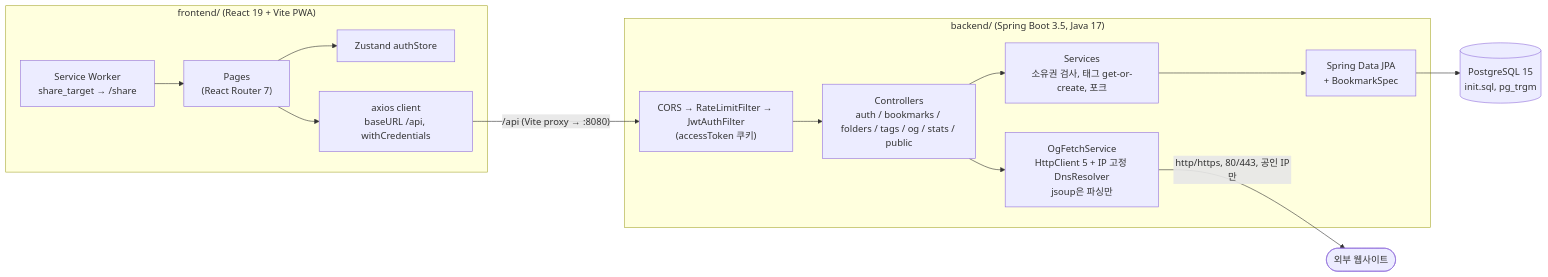
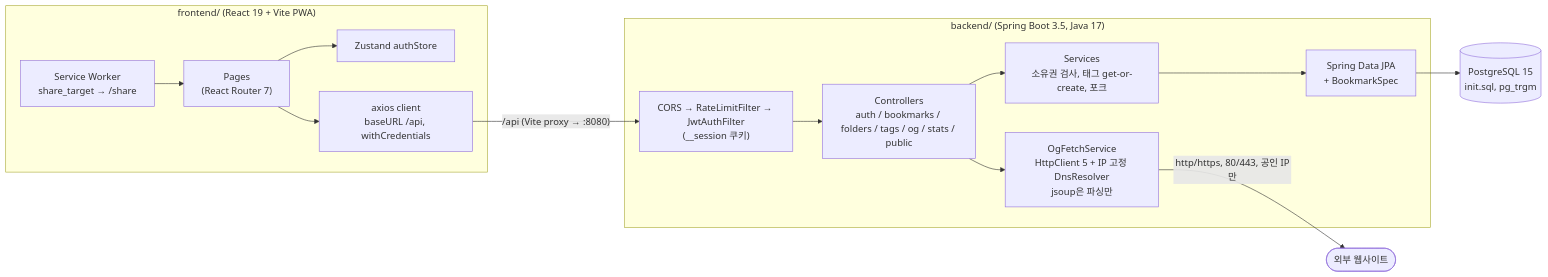
The second of 4 diagrams in README.md (jsj1215/seeyoulater), drawn with Mermaid before and after one commit. The commit also changed other lines of this file and 18 other files, not shown here.

````diff
--- a/README.md
+++ b/README.md
@@ -111,19 +159,19 @@
 ```mermaid
 flowchart LR
     subgraph Client["frontend/ (React 19 + Vite PWA)"]
         UI["Pages<br/>(React Router 7)"] --> Store["Zustand authStore"]
         UI --> Axios["axios client<br/>baseURL /api, withCredentials"]
         SW["Service Worker<br/>share_target → /share"] --> UI
     end
 
     subgraph Server["backend/ (Spring Boot 3.5, Java 17)"]
-        Filter["CORS → RateLimitFilter → JwtAuthFilter<br/>(accessToken 쿠키)"] --> Ctrl["Controllers<br/>auth / bookmarks / folders / tags / og / stats / public"]
+        Filter["CORS → RateLimitFilter → JwtAuthFilter<br/>(__session 쿠키)"] --> Ctrl["Controllers<br/>auth / bookmarks / folders / tags / og / stats / public"]
         Ctrl --> Svc["Services<br/>소유권 검사, 태그 get-or-create, 포크"]
         Svc --> Repo["Spring Data JPA<br/>+ BookmarkSpec"]
         Ctrl --> Og["OgFetchService<br/>HttpClient 5 + IP 고정 DnsResolver<br/>jsoup은 파싱만"]
     end
 
     Axios -- "/api (Vite proxy → :8080)" --> Filter
     Repo --> DB[("PostgreSQL 15<br/>init.sql, pg_trgm")]
     Og -- "http/https, 80/443, 공인 IP만" --> Web(["외부 웹사이트"])
 ```
````
